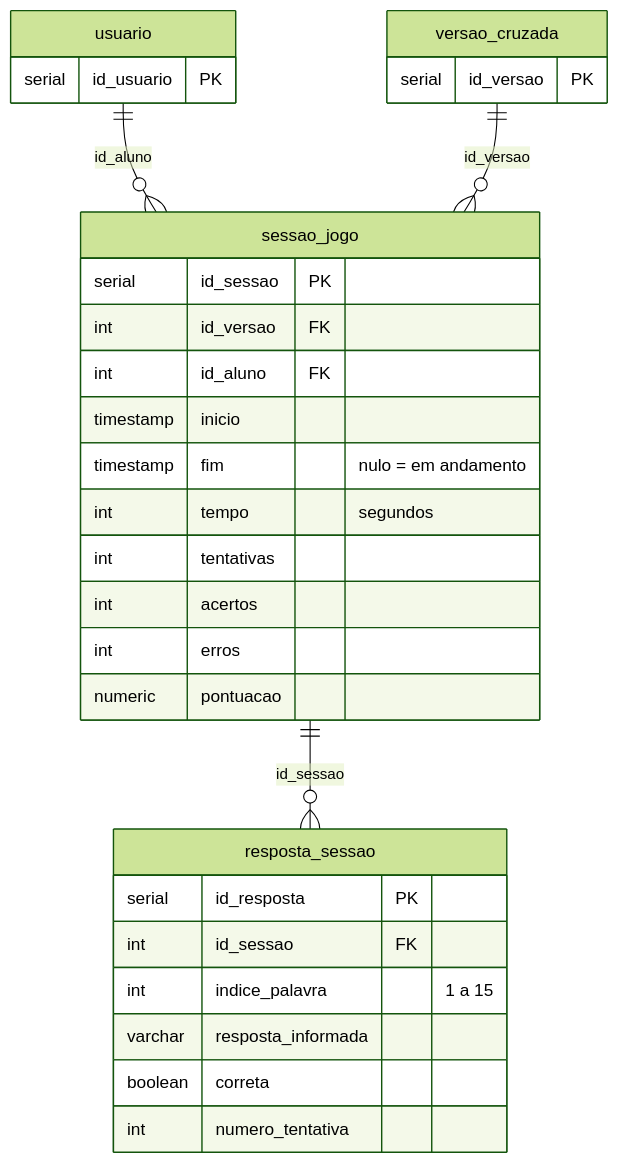
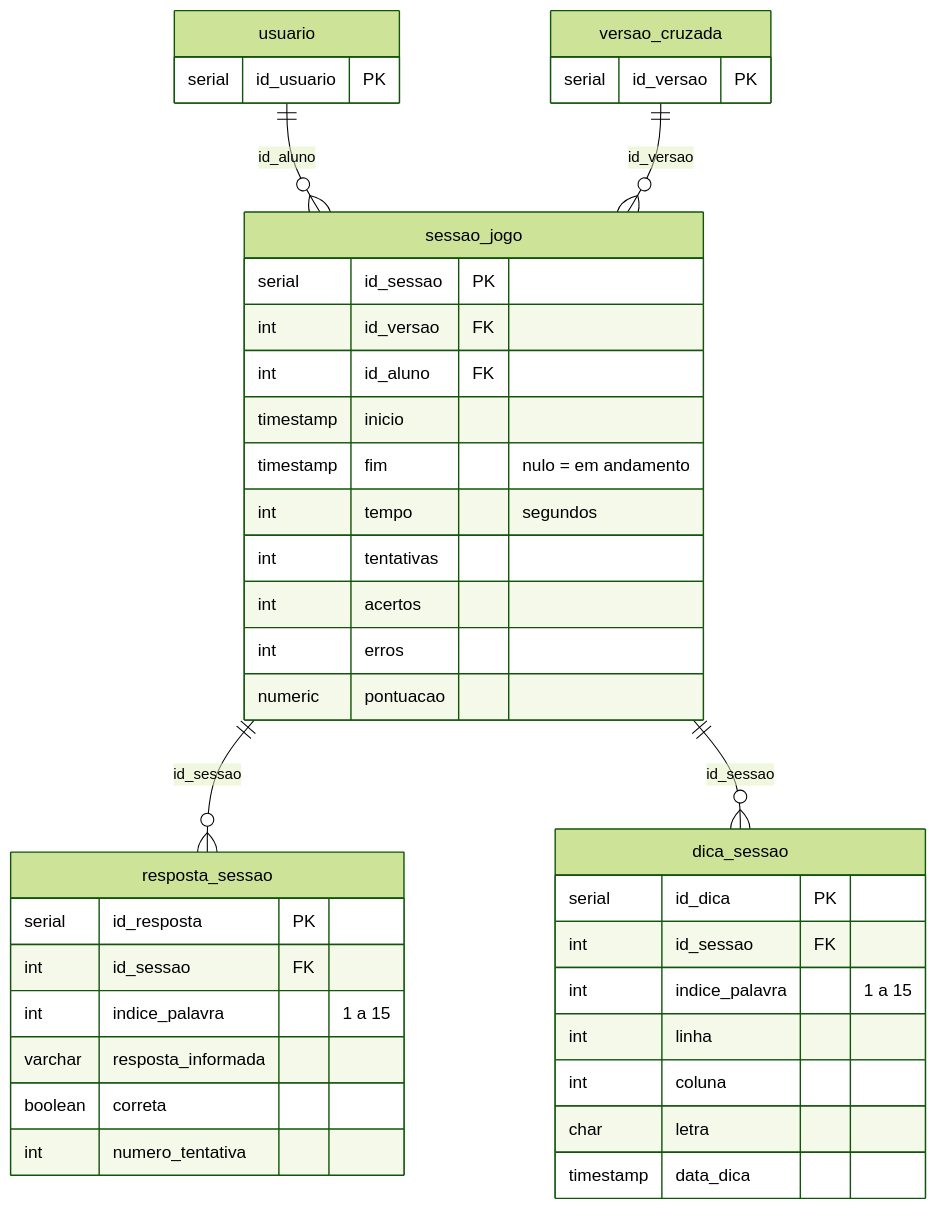
Before and after one commit to marceloareas/PalavrasCruzadas: the fifth of 7 diagrams in docs/manuais/manual-desenvolvedor.md, drawn with Mermaid (forest theme). The commit also changed other lines of this file and 42 other files, not shown here.

First line of the commit message:
feat: dica "revelar letra" na partida (RN20)

````diff
--- a/docs/manuais/manual-desenvolvedor.md
+++ b/docs/manuais/manual-desenvolvedor.md
@@ -388,33 +391,43 @@
 ```mermaid
 erDiagram
     usuario ||--o{ sessao_jogo : "id_aluno"
     versao_cruzada ||--o{ sessao_jogo : "id_versao"
     sessao_jogo ||--o{ resposta_sessao : "id_sessao"
+    sessao_jogo ||--o{ dica_sessao : "id_sessao"
 
     usuario {
         serial id_usuario PK
     }
     versao_cruzada {
         serial id_versao PK
     }
     sessao_jogo {
         serial id_sessao PK
         int id_versao FK
         int id_aluno FK
         timestamp inicio
         timestamp fim "nulo = em andamento"
         int tempo "segundos"
         int tentativas
         int acertos
         int erros
         numeric pontuacao
     }
     resposta_sessao {
         serial id_resposta PK
         int id_sessao FK
         int indice_palavra "1 a 15"
         varchar resposta_informada
         boolean correta
         int numero_tentativa
     }
+    dica_sessao {
+        serial id_dica PK
+        int id_sessao FK
+        int indice_palavra "1 a 15"
+        int linha
+        int coluna
+        char letra
+        timestamp data_dica
+    }
 ```
````
